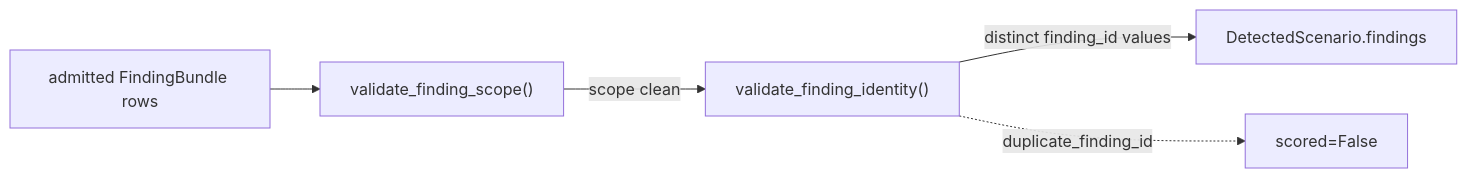
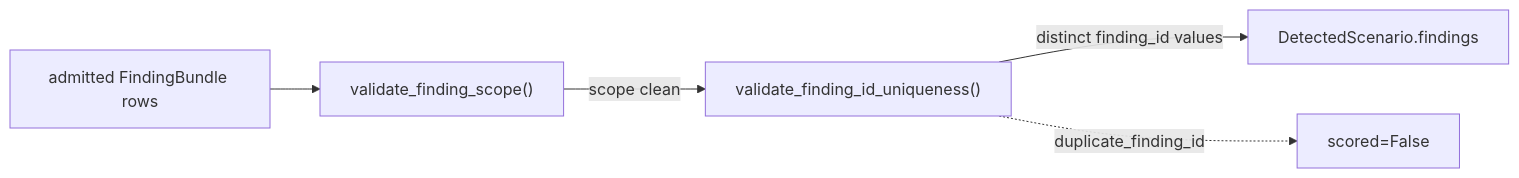
The first of 23 diagrams in README.md (nirosen/labs-OO-Agents), drawn with Mermaid before and after one commit. The commit also changed other lines of this file and 7 other files, not shown here.

Commit message:
rename finding identity gate to ID uniqueness

````diff
--- a/README.md
+++ b/README.md
@@ -71,7 +71,7 @@
 ```mermaid
 flowchart LR
     B["admitted FindingBundle rows"] --> S["validate_finding_scope()"]
-    S -- "scope clean" --> I["validate_finding_identity()"]
+    S -- "scope clean" --> I["validate_finding_id_uniqueness()"]
     I -- "distinct finding_id values" --> A["DetectedScenario.findings"]
     I -. "duplicate_finding_id" .-> X["scored=False"]
 ```
````
